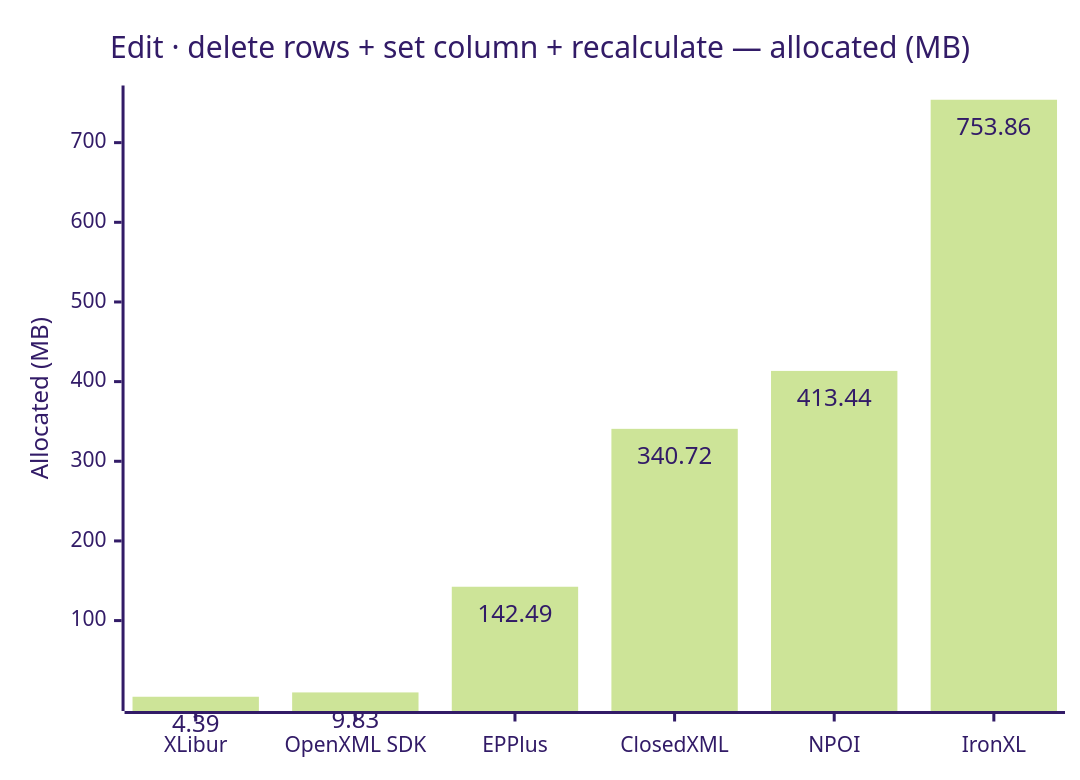
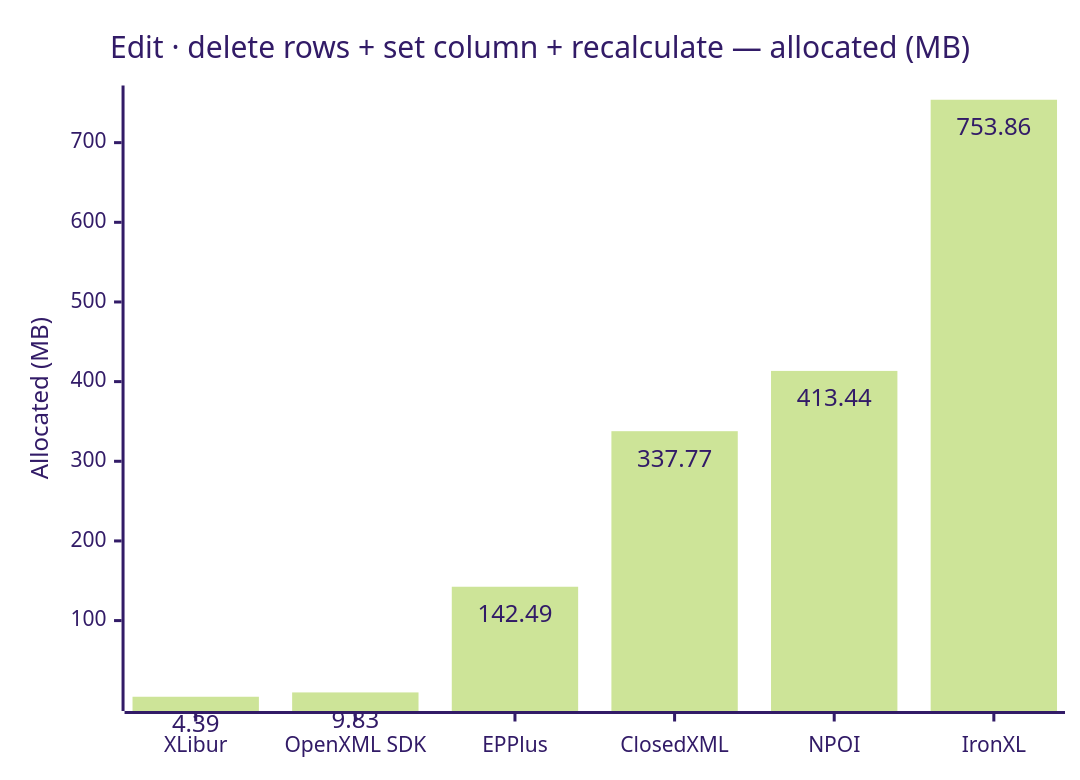
The tenth of 12 diagrams in docs/results.md (jafin/XLBench), drawn with Mermaid (forest theme) before and after one commit. The commit also changed other lines of this file and 2 other files, not shown here.

````diff
--- a/docs/results.md
+++ b/docs/results.md
@@ -152,12 +152,12 @@
 ```mermaid
 ---
 config:
   xyChart:
     showDataLabel: true
 ---
 xychart-beta
     title "Edit · delete rows + set column + recalculate — allocated (MB)"
     x-axis ["XLibur", "OpenXML SDK", "EPPlus", "ClosedXML", "NPOI", "IronXL"]
     y-axis "Allocated (MB)"
-    bar [4.39, 9.83, 142.49, 340.72, 413.44, 753.86]
+    bar [4.39, 9.83, 142.49, 337.77, 413.44, 753.86]
 ```
````
